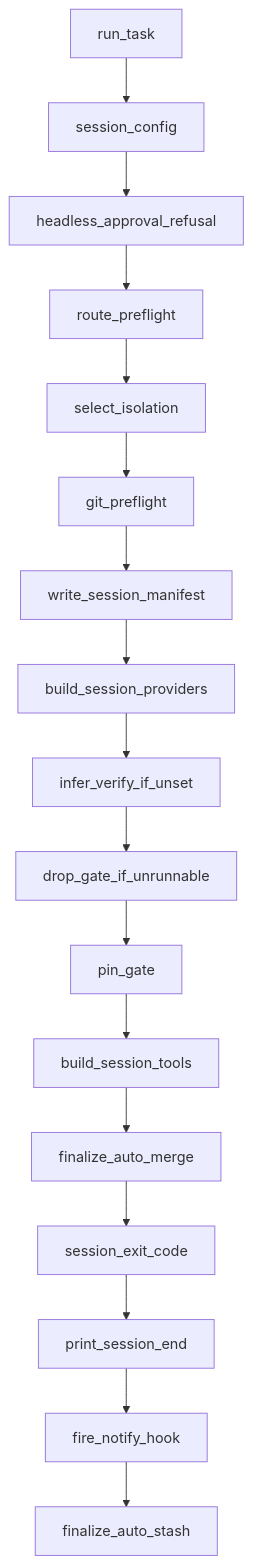
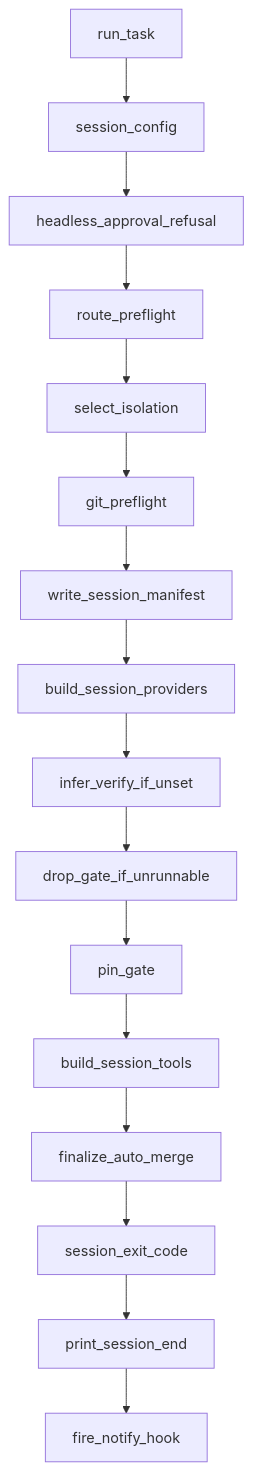
The second of 6 diagrams in docs/architecture.md (agent6-dev/agent6), drawn with Mermaid before and after one commit. The commit also changed other lines of this file and 13 other files, not shown here.

````diff
--- a/docs/architecture.md
+++ b/docs/architecture.md
@@ -74,36 +74,34 @@
 ```mermaid
 graph TD
     n_run_task["run_task"]
     n_session_config["session_config"]
     n_headless_approval_refusal["headless_approval_refusal"]
     n_route_preflight["route_preflight"]
     n_select_isolation["select_isolation"]
     n_git_preflight["git_preflight"]
     n_write_session_manifest["write_session_manifest"]
     n_build_session_providers["build_session_providers"]
     n_infer_verify_if_unset["infer_verify_if_unset"]
     n_drop_gate_if_unrunnable["drop_gate_if_unrunnable"]
     n_pin_gate["pin_gate"]
     n_build_session_tools["build_session_tools"]
     n_finalize_auto_merge["finalize_auto_merge"]
     n_session_exit_code["session_exit_code"]
     n_print_session_end["print_session_end"]
     n_fire_notify_hook["fire_notify_hook"]
-    n_finalize_auto_stash["finalize_auto_stash"]
     n_run_task --> n_session_config
     n_session_config --> n_headless_approval_refusal
     n_headless_approval_refusal --> n_route_preflight
     n_route_preflight --> n_select_isolation
     n_select_isolation --> n_git_preflight
     n_git_preflight --> n_write_session_manifest
     n_write_session_manifest --> n_build_session_providers
     n_build_session_providers --> n_infer_verify_if_unset
     n_infer_verify_if_unset --> n_drop_gate_if_unrunnable
     n_drop_gate_if_unrunnable --> n_pin_gate
     n_pin_gate --> n_build_session_tools
     n_build_session_tools --> n_finalize_auto_merge
     n_finalize_auto_merge --> n_session_exit_code
     n_session_exit_code --> n_print_session_end
     n_print_session_end --> n_fire_notify_hook
-    n_fire_notify_hook --> n_finalize_auto_stash
 ```
````
